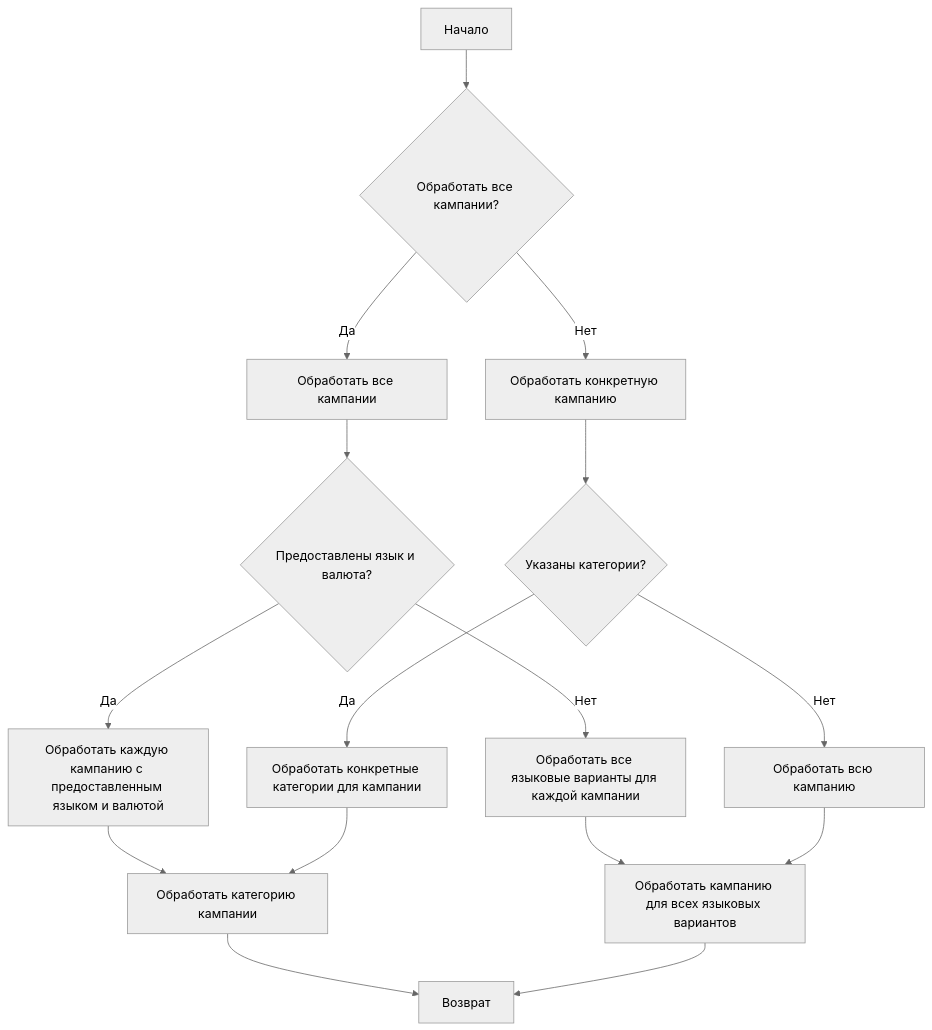
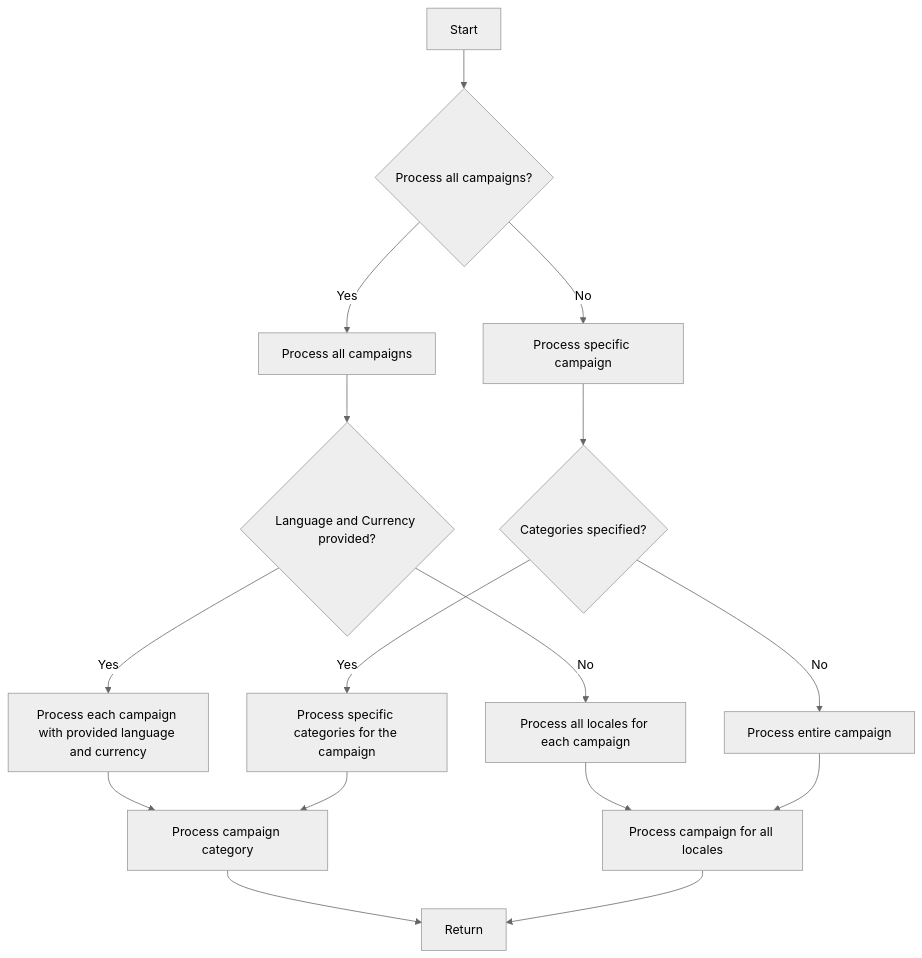
The third of 3 diagrams in docs/gemini/ru/explainer/src/suppliers/aliexpress/campaign/README.md (hypo69/hypo), drawn with Mermaid (neutral theme) before and after one commit. The commit also changed other lines of this file and 468 other files, not shown here.

````diff
--- a/docs/gemini/ru/explainer/src/suppliers/aliexpress/campaign/README.md
+++ b/docs/gemini/ru/explainer/src/suppliers/aliexpress/campaign/README.md
@@ -92,22 +91,22 @@
 ```mermaid
 flowchart TD
-    A[Начало] --> B{Обработать все кампании?};
-    B -->|Да| C[Обработать все кампании];
-    B -->|Нет| D[Обработать конкретную кампанию];
-
-    C --> E{Предоставлены язык и валюта?};
-    E -->|Да| F[Обработать каждую кампанию с предоставленным языком и валютой];
-    E -->|Нет| G[Обработать все языковые варианты для каждой кампании];
-
-    D --> H{Указаны категории?};
-    H -->|Да| I[Обработать конкретные категории для кампании];
-    H -->|Нет| J[Обработать всю кампанию];
-
-    F --> K[Обработать категорию кампании];
-    G --> L[Обработать кампанию для всех языковых вариантов];
+    A[Start] --> B{Process all campaigns?};
+    B -->|Yes| C[Process all campaigns];
+    B -->|No| D[Process specific campaign];
+    
+    C --> E{Language and Currency provided?};
+    E -->|Yes| F[Process each campaign with provided language and currency];
+    E -->|No| G[Process all locales for each campaign];
+    
+    D --> H{Categories specified?};
+    H -->|Yes| I[Process specific categories for the campaign];
+    H -->|No| J[Process entire campaign];
+    
+    F --> K[Process campaign category];
+    G --> L[Process campaign for all locales];
     I --> K;
     J --> L;
-
-    K --> M[Возврат];
+    
+    K --> M[Return];
     L --> M;
 ```
````
